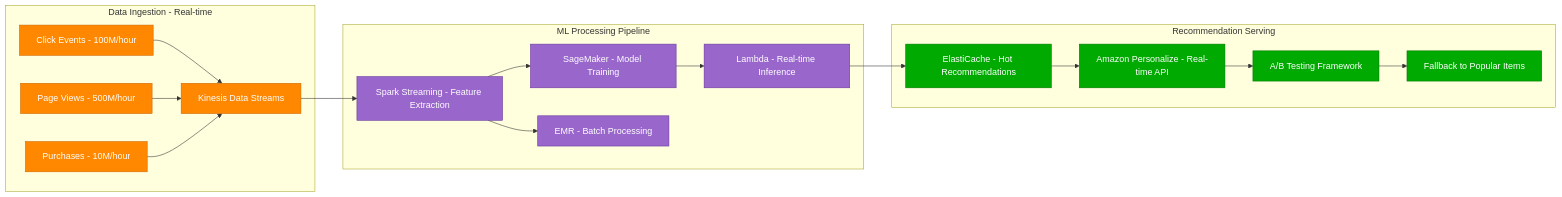
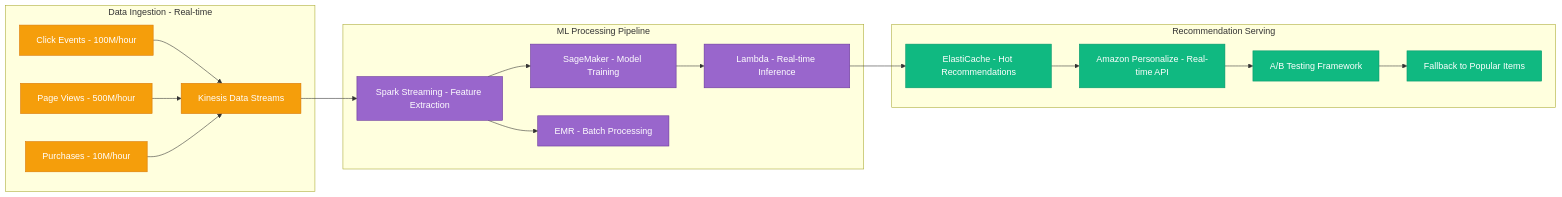
Diagram 11 of 16 in site/docs/examples/case-studies.md (deepaucksharma/DS), drawn with Mermaid before and after one commit. The commit also changed other lines of this file and 303 other files, not shown here.

````diff
--- a/site/docs/examples/case-studies.md
+++ b/site/docs/examples/case-studies.md
@@ -550,45 +550,45 @@
 ```mermaid
 graph LR
     subgraph DataIngestion[Data Ingestion - Real-time]
         CLICK[Click Events - 100M/hour]
         VIEW[Page Views - 500M/hour]
         PURCHASE[Purchases - 10M/hour]
         KINESIS[Kinesis Data Streams]
     end
 
     subgraph Processing[ML Processing Pipeline]
         SPARK[Spark Streaming - Feature Extraction]
         SAGEMAKER[SageMaker - Model Training]
         LAMBDA[Lambda - Real-time Inference]
         BATCH[EMR - Batch Processing]
     end
 
     subgraph Serving[Recommendation Serving]
         ELASTICACHE[ElastiCache - Hot Recommendations]
         PERSONALIZE[Amazon Personalize - Real-time API]
         AB_TEST[A/B Testing Framework]
         FALLBACK[Fallback to Popular Items]
     end
 
     CLICK --> KINESIS
     VIEW --> KINESIS
     PURCHASE --> KINESIS
     KINESIS --> SPARK
 
     SPARK --> SAGEMAKER
     SAGEMAKER --> LAMBDA
     LAMBDA --> ELASTICACHE
     SPARK --> BATCH
 
     ELASTICACHE --> PERSONALIZE
     PERSONALIZE --> AB_TEST
     AB_TEST --> FALLBACK
 
-    classDef dataStyle fill:#FF8800,stroke:#CC6600,color:#fff
+    classDef dataStyle fill:#F59E0B,stroke:#D97706,color:#fff
     classDef processStyle fill:#9966CC,stroke:#663399,color:#fff
-    classDef servingStyle fill:#00AA00,stroke:#007700,color:#fff
+    classDef servingStyle fill:#10B981,stroke:#059669,color:#fff
 
     class CLICK,VIEW,PURCHASE,KINESIS dataStyle
     class SPARK,SAGEMAKER,LAMBDA,BATCH processStyle
     class ELASTICACHE,PERSONALIZE,AB_TEST,FALLBACK servingStyle
 ```
````
